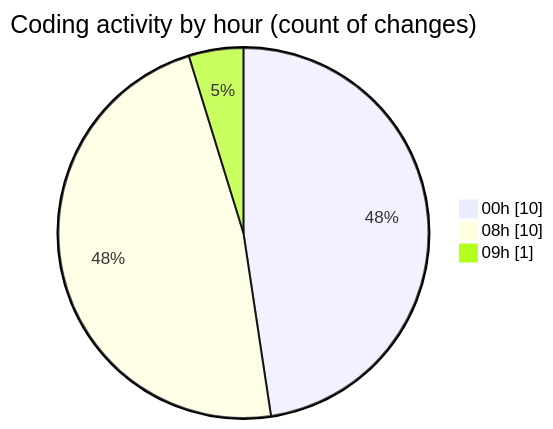
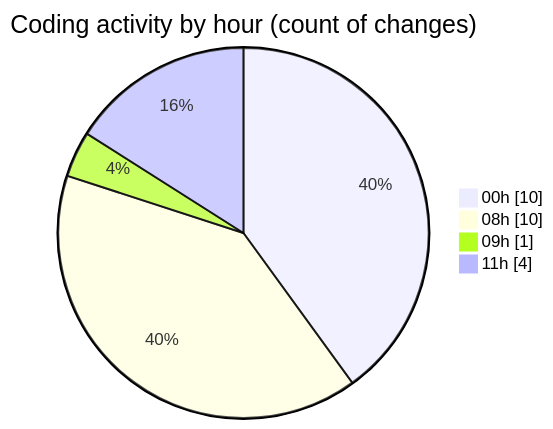
One commit to nxtqubesakshisongat/code-tracking changed the second of 2 diagrams in 2026-01-20/nxtqube_webapp/README.md. Above: the diagram before and after it, drawn with Mermaid. The commit also changed other lines of this file and 1 other file, not shown here.

````diff
--- a/2026-01-20/nxtqube_webapp/README.md
+++ b/2026-01-20/nxtqube_webapp/README.md
@@ -33,7 +33,8 @@
 ```mermaid
 pie showData
 title Coding activity by hour (count of changes)
 "00h" : 10
 "08h" : 10
 "09h" : 1
+"11h" : 4
 ```
````
